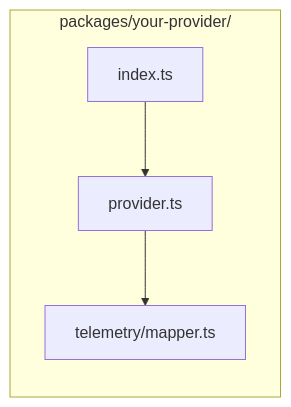
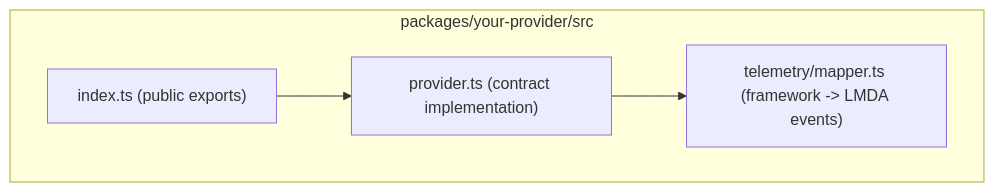
The third of 3 diagrams in docs/PROVIDER-GUIDE.md (AatozInnoInc/leave-my-data-alone), drawn with Mermaid before and after one commit. The commit also changed other lines of this file, not shown here.

````diff
--- a/docs/PROVIDER-GUIDE.md
+++ b/docs/PROVIDER-GUIDE.md
@@ -94,10 +79,10 @@
 ```mermaid
-flowchart LR
-  subgraph pkg["packages/your-provider/"]
-    index["index.ts"]
-    provider["provider.ts"]
-    mapper["telemetry/mapper.ts"]
+flowchart TB
+  subgraph pkg["packages/your-provider/src"]
+    idx["index.ts (public exports)"]
+    prov["provider.ts (contract implementation)"]
+    map["telemetry/mapper.ts (framework -> LMDA events)"]
   end
-  index --> provider
-  provider --> mapper
+  idx --> prov
+  prov --> map
 ```
````
